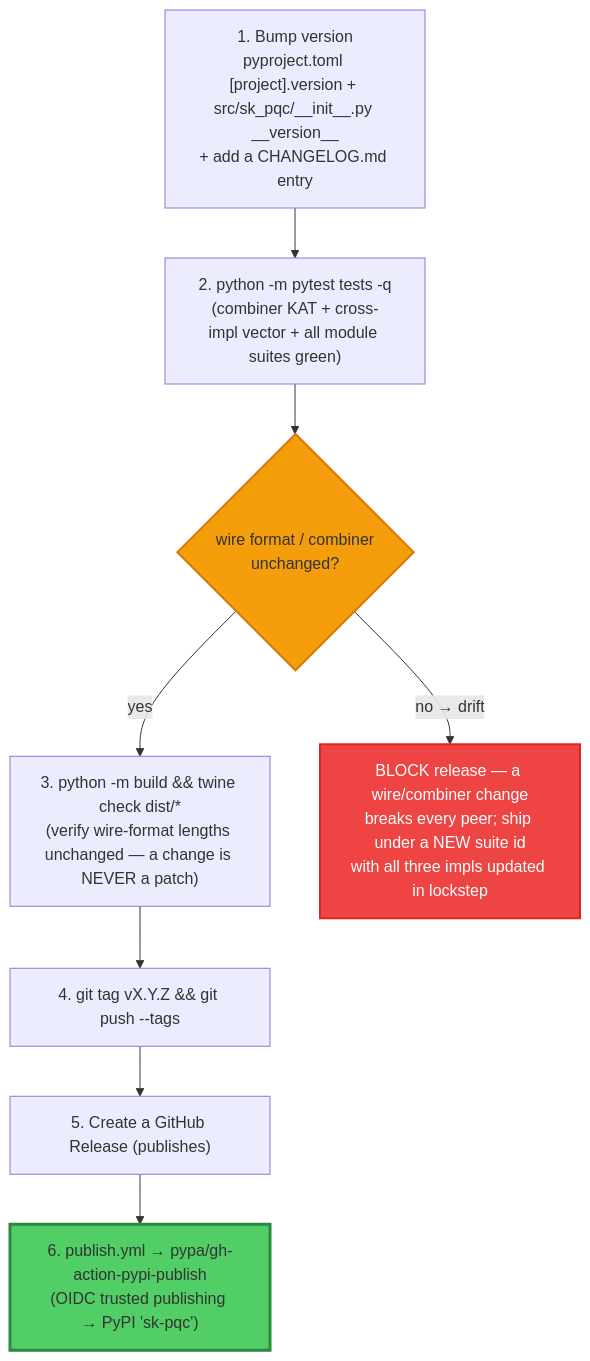
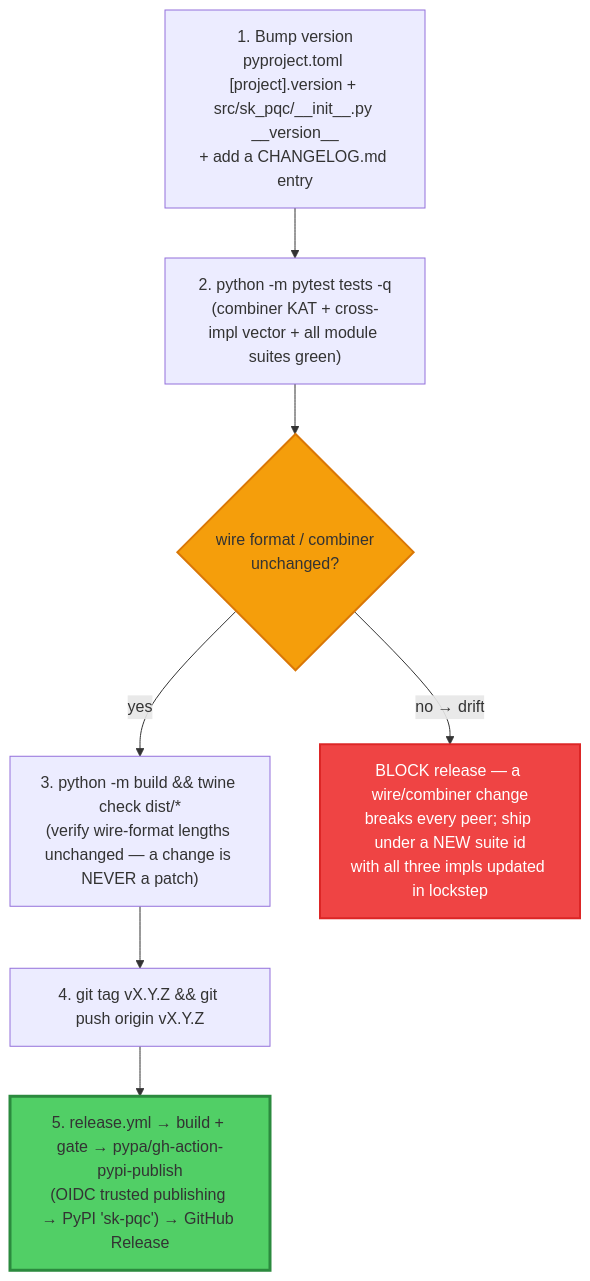
The third of 3 diagrams in SOP.md (smilinTux/sk-pqc-py), drawn with Mermaid before and after one commit. The commit also changed other lines of this file and 6 other files, not shown here.

First line of the commit message:
ci: add test matrix + tag-driven OIDC release workflow + PUBLISHING.md

````diff
--- a/SOP.md
+++ b/SOP.md
@@ -249,19 +250,18 @@
 ```mermaid
 flowchart TD
     BUMP["1. Bump version<br/>pyproject.toml [project].version + src/sk_pqc/__init__.py __version__<br/>+ add a CHANGELOG.md entry"]
     TEST["2. python -m pytest tests -q<br/>(combiner KAT + cross-impl vector + all module suites green)"]
     BUILD["3. python -m build && twine check dist/*<br/>(verify wire-format lengths unchanged — a change is NEVER a patch)"]
-    TAG["4. git tag vX.Y.Z && git push --tags"]
-    REL["5. Create a GitHub Release (publishes)"]
-    OIDC["6. publish.yml → pypa/gh-action-pypi-publish<br/>(OIDC trusted publishing → PyPI 'sk-pqc')"]
+    TAG["4. git tag vX.Y.Z && git push origin vX.Y.Z"]
+    OIDC["5. release.yml → build + gate → pypa/gh-action-pypi-publish<br/>(OIDC trusted publishing → PyPI 'sk-pqc') → GitHub Release"]
 
     GATE{"wire format / combiner<br/>unchanged?"}
 
     BUMP --> TEST --> GATE
-    GATE -->|"yes"| BUILD --> TAG --> REL --> OIDC
+    GATE -->|"yes"| BUILD --> TAG --> OIDC
     GATE -->|"no → drift"| STOP["BLOCK release — a wire/combiner change<br/>breaks every peer; ship under a NEW suite id<br/>with all three impls updated in lockstep"]
 
     style OIDC fill:#51cf66,stroke:#2b8a3e,stroke-width:3px
     style GATE fill:#f59e0b,stroke:#d97706,stroke-width:2px
     style STOP fill:#ef4444,stroke:#dc2626,stroke-width:2px,color:#fff
 ```
````
